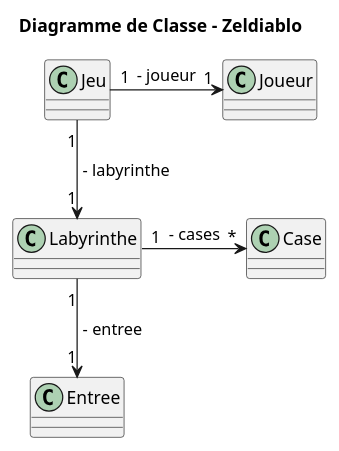
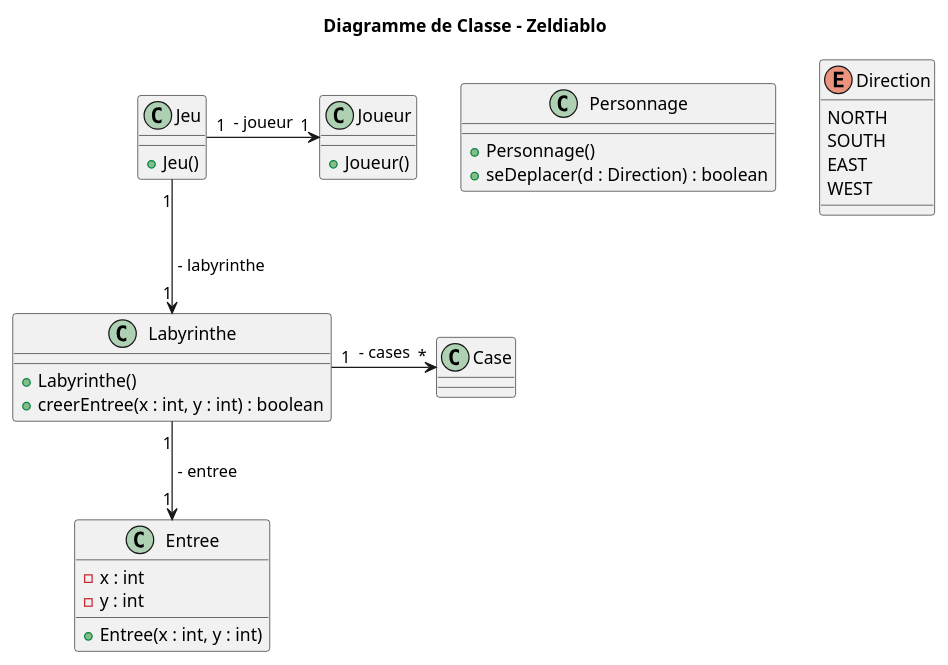
The diagram in documents/version_1/diagrammes/classe/diagClasse.puml (arnoux23u-IUTNC/2021_COO_Zeldiablo), drawn with PlantUML before and after one commit. The commit also changed 3 other files, not shown here.

Commit message:
Modify Diagrams

```diff
--- a/documents/version_1/diagrammes/classe/diagClasse.puml
+++ b/documents/version_1/diagrammes/classe/diagClasse.puml
@@ -1,25 +1,44 @@
 @startuml
 
 title Diagramme de Classe - Zeldiablo
 
 class Jeu{
+    + Jeu()
 }
 
-class Joueur{
+class Personnage{
+    + Personnage()
+    + seDeplacer(d : Direction) : boolean
 }
 
 class Labyrinthe{
+    + Labyrinthe()
+    + creerEntree(x : int, y : int) : boolean
 }
 
 class Case{
 }
 
 class Entree{
+    - x : int
+    - y : int
+    + Entree(x : int, y : int)
+}
+
+class Joueur{
+    + Joueur()
+}
+
+enum Direction{
+    NORTH
+    SOUTH
+    EAST
+    WEST
 }
 
 Jeu "1" -down-> "1" Labyrinthe: " - labyrinthe"
 Labyrinthe "1" -down-> "1" Entree: " - entree "
 Labyrinthe "1" -right-> "*" Case: " - cases "
 Jeu "1" -right-> "1" Joueur: " - joueur "
 
 @enduml
```
